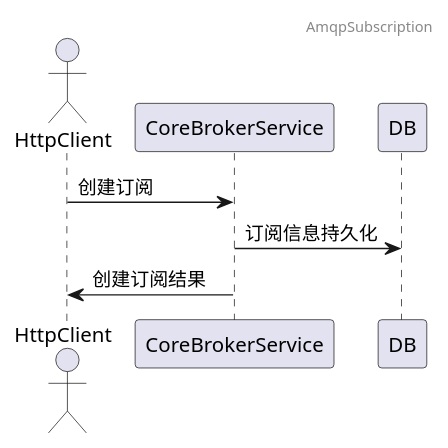
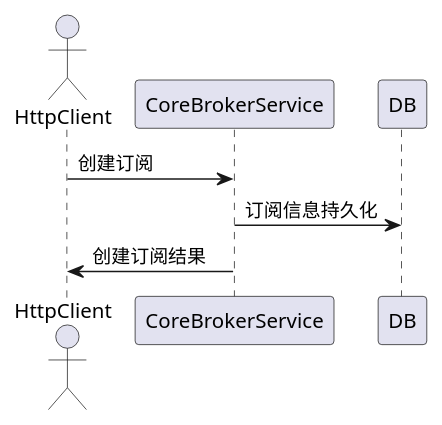
One commit to tkeel-io/docs changed the first of 9 diagrams in docs/api/appendix/plantuml/core_broker.md. Above: the diagram before and after it, drawn with PlantUML. The commit also changed other lines of this file and 2 other files, not shown here.

````diff
--- a/docs/api/appendix/plantuml/core_broker.md
+++ b/docs/api/appendix/plantuml/core_broker.md
@@ -2,14 +2,12 @@
 ```plantuml
 @startuml
-header AmqpSubscription
-
 actor HttpClient
 participant CoreBrokerService
 participant DB
 
 
 HttpClient->CoreBrokerService:创建订阅
 CoreBrokerService->DB:订阅信息持久化
 CoreBrokerService->HttpClient:创建订阅结果
 @enduml
 ```
````
